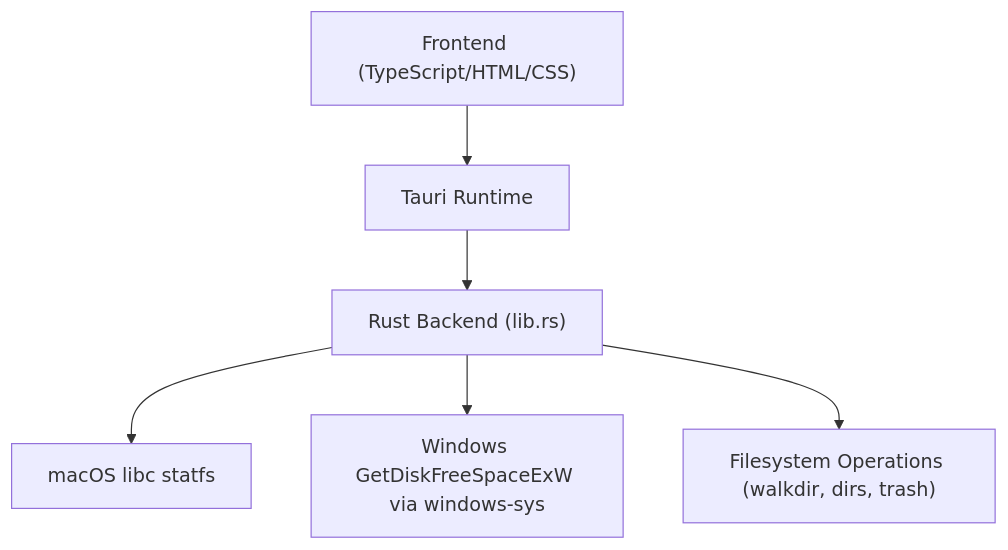
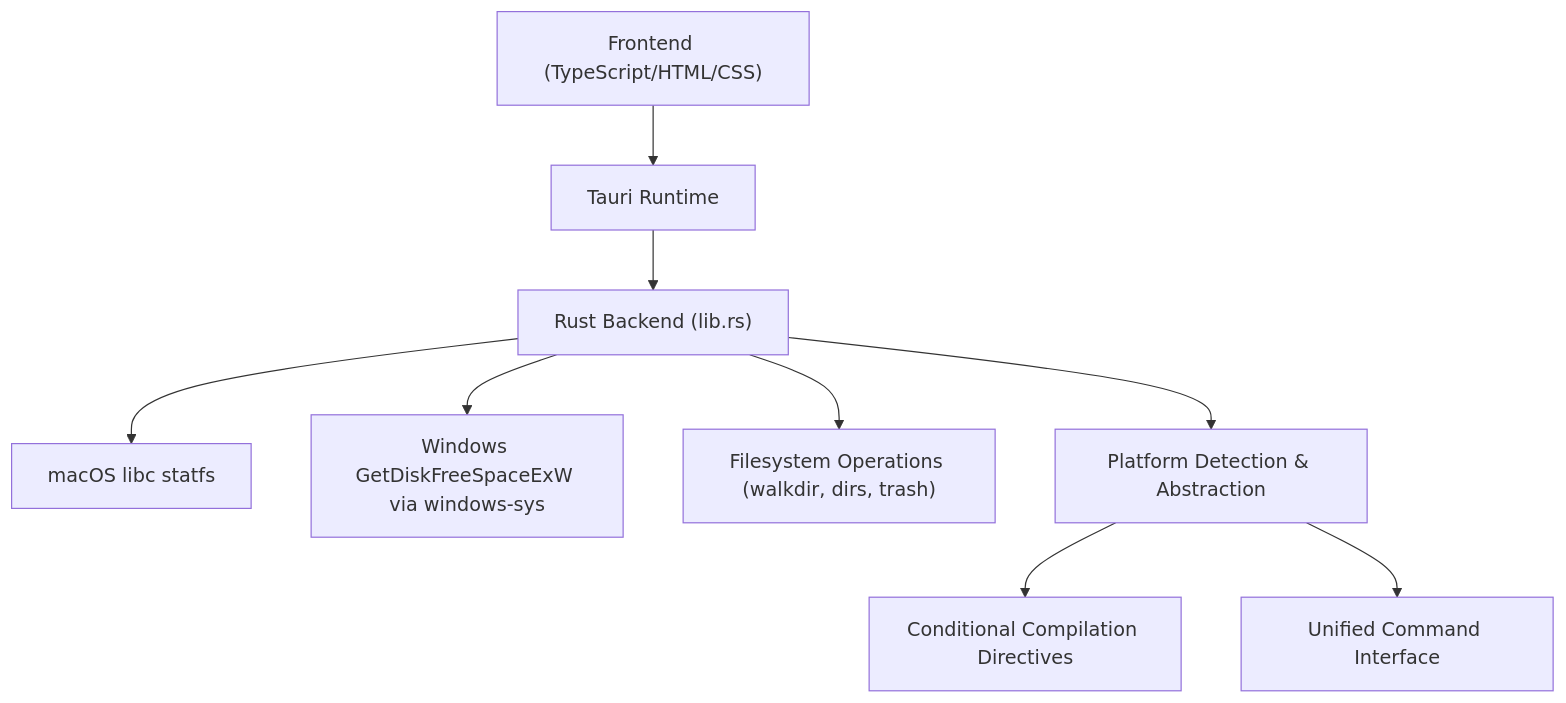
One commit to mrtruongleo/FreeSpaceMacos changed the first of 7 diagrams in .qoder/repowiki/en/content/Platform-Specific Features/Platform-Specific Features.md. Above: the diagram before and after it, drawn with Mermaid. The commit also changed other lines of this file and 31 other files, not shown here.

````diff
--- a/.qoder/repowiki/en/content/Platform-Specific Features/Platform-Specific Features.md
+++ b/.qoder/repowiki/en/content/Platform-Specific Features/Platform-Specific Features.md
@@ -43,8 +54,11 @@
 ```mermaid
 graph TB
 A["Frontend (TypeScript/HTML/CSS)"] --> B["Tauri Runtime"]
 B --> C["Rust Backend (lib.rs)"]
 C --> D["macOS libc statfs"]
 C --> E["Windows GetDiskFreeSpaceExW via windows-sys"]
 C --> F["Filesystem Operations (walkdir, dirs, trash)"]
+C --> G["Platform Detection & Abstraction"]
+G --> H["Conditional Compilation Directives"]
+G --> I["Unified Command Interface"]
 ```
````
